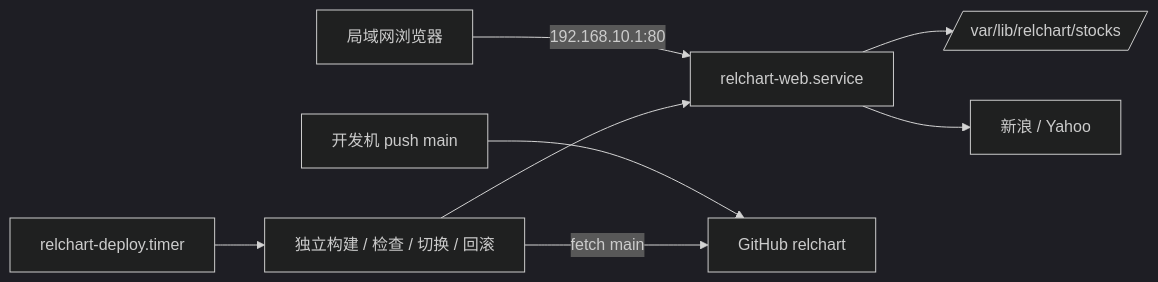
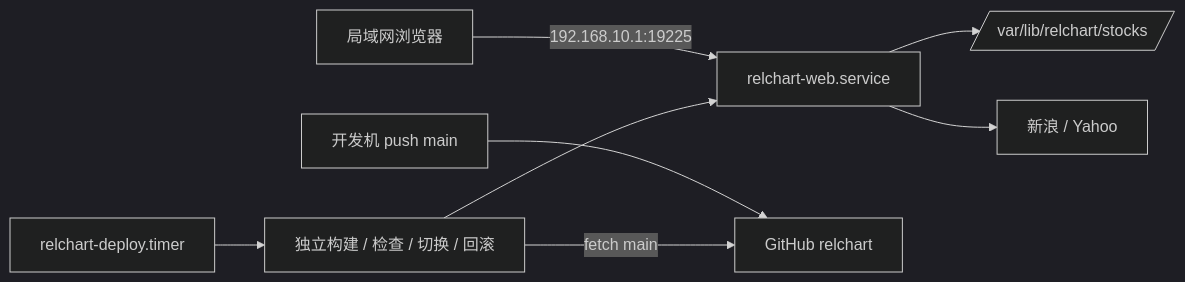
Before and after one commit to hangchow/relchart: the diagram in docs/deployment.md, drawn with Mermaid (dark theme). The commit also changed other lines of this file and 5 other files, not shown here.

````diff
--- a/docs/deployment.md
+++ b/docs/deployment.md
@@ -26,10 +26,10 @@
 ```mermaid
 flowchart LR
-    Browser[局域网浏览器] -->|192.168.10.1:80| App[relchart-web.service]
+    Browser[局域网浏览器] -->|192.168.10.1:19225| App[relchart-web.service]
     App --> Cache[/var/lib/relchart/stocks/]
     App --> Market[新浪 / Yahoo]
     Push[开发机 push main] --> Git[GitHub relchart]
     Timer[relchart-deploy.timer] --> Deploy[独立构建 / 检查 / 切换 / 回滚]
     Deploy -->|fetch main| Git
     Deploy --> App
 ```
````
